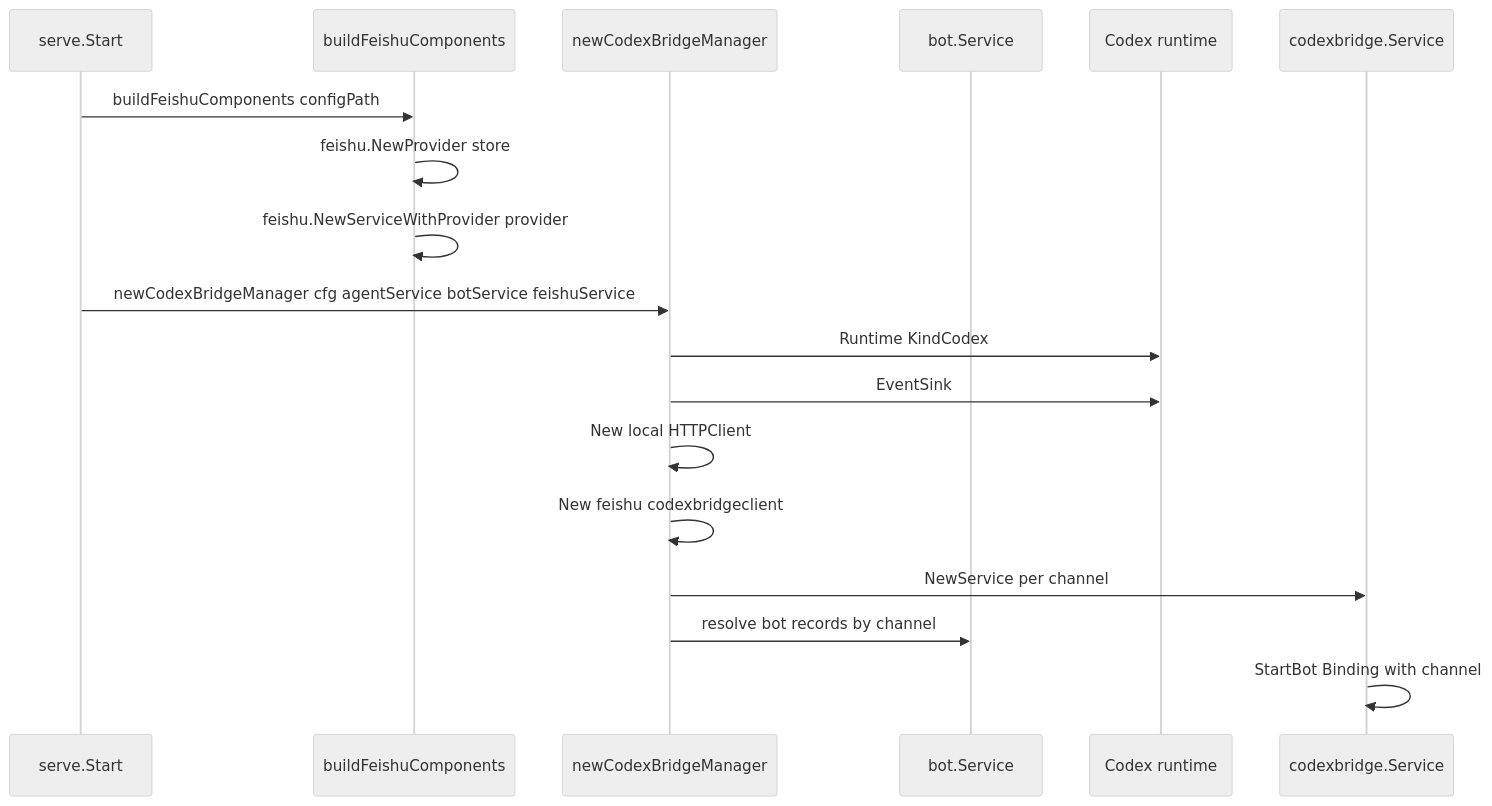
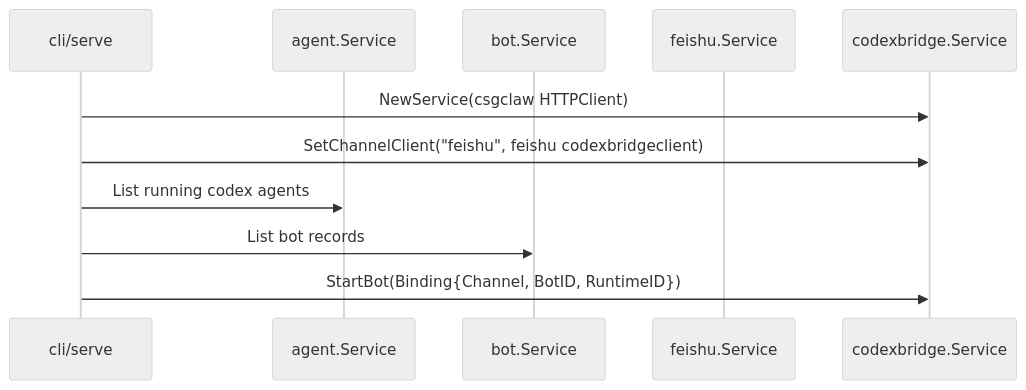
The second of 5 diagrams in docs/channel/codex-feishu.zh.md (GatewayJ/csgclaw), drawn with Mermaid (neutral theme) before and after one commit. The commit also changed other lines of this file, not shown here.

Commit message:
docs: clarify feishu protocol interfaces

````diff
--- a/docs/channel/codex-feishu.zh.md
+++ b/docs/channel/codex-feishu.zh.md
@@ -354,21 +417,14 @@
 ```mermaid
 sequenceDiagram
-    participant Serve as serve.Start
-    participant Feishu as buildFeishuComponents
-    participant Manager as newCodexBridgeManager
-    participant Bots as bot.Service
-    participant Runtime as Codex runtime
+    participant Serve as cli/serve
+    participant Agent as agent.Service
+    participant Bot as bot.Service
+    participant Feishu as feishu.Service
     participant Bridge as codexbridge.Service
 
-    Serve->>Feishu: buildFeishuComponents configPath
-    Feishu->>Feishu: feishu.NewProvider store
-    Feishu->>Feishu: feishu.NewServiceWithProvider provider
-    Serve->>Manager: newCodexBridgeManager cfg agentService botService feishuService
-    Manager->>Runtime: Runtime KindCodex
-    Manager->>Runtime: EventSink
-    Manager->>Manager: New local HTTPClient
-    Manager->>Manager: New feishu codexbridgeclient
-    Manager->>Bridge: NewService per channel
-    Manager->>Bots: resolve bot records by channel
-    Bridge->>Bridge: StartBot Binding with channel
+    Serve->>Bridge: NewService(csgclaw HTTPClient)
+    Serve->>Bridge: SetChannelClient("feishu", feishu codexbridgeclient)
+    Serve->>Agent: List running codex agents
+    Serve->>Bot: List bot records
+    Serve->>Bridge: StartBot(Binding{Channel, BotID, RuntimeID})
 ```
````
